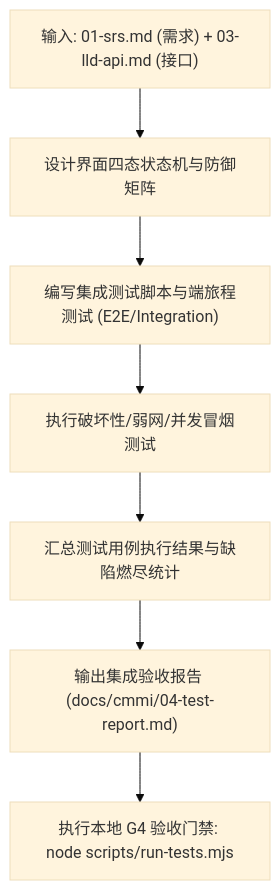
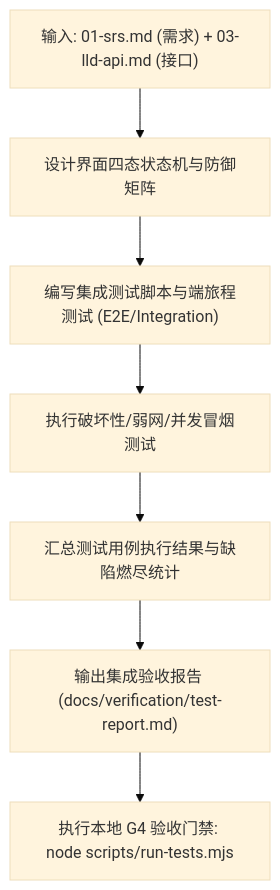
One commit to xaicd/coolie changed the diagram in .agents/skills/cmmi-ver-val/SKILL.md. Above: the diagram before and after it, drawn with Mermaid (base theme). The commit also changed other lines of this file and 437 other files, not shown here.

````diff
--- a/.agents/skills/cmmi-ver-val/SKILL.md
+++ b/.agents/skills/cmmi-ver-val/SKILL.md
@@ -26,9 +28,9 @@
 ```mermaid
 flowchart TD
   A["输入: 01-srs.md (需求) + 03-lld-api.md (接口)"] --> B["设计界面四态状态机与防御矩阵"]
   B --> C["编写集成测试脚本与端旅程测试 (E2E/Integration)"]
   C --> D["执行破坏性/弱网/并发冒烟测试"]
   D --> E["汇总测试用例执行结果与缺陷燃尽统计"]
-  E --> F["输出集成验收报告 (docs/cmmi/04-test-report.md)"]
+  E --> F["输出集成验收报告 (docs/verification/test-report.md)"]
   F --> G["执行本地 G4 验收门禁: node scripts/run-tests.mjs"]
 ```
````
